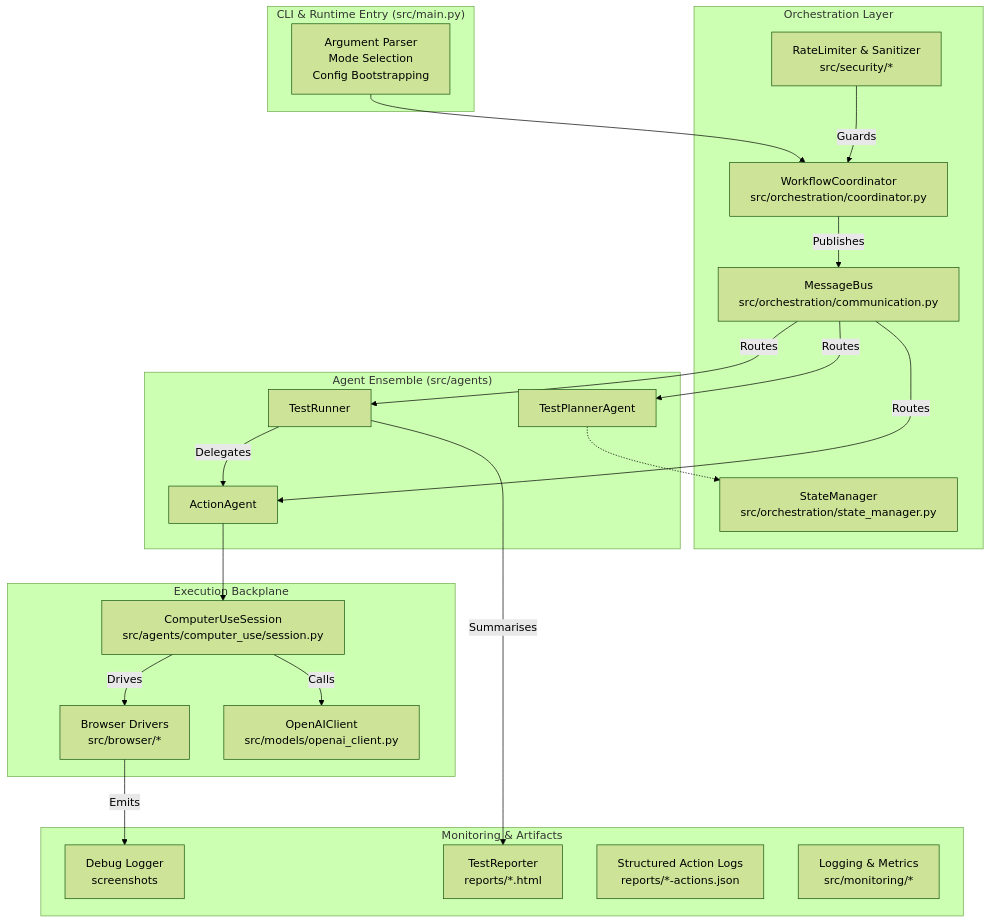
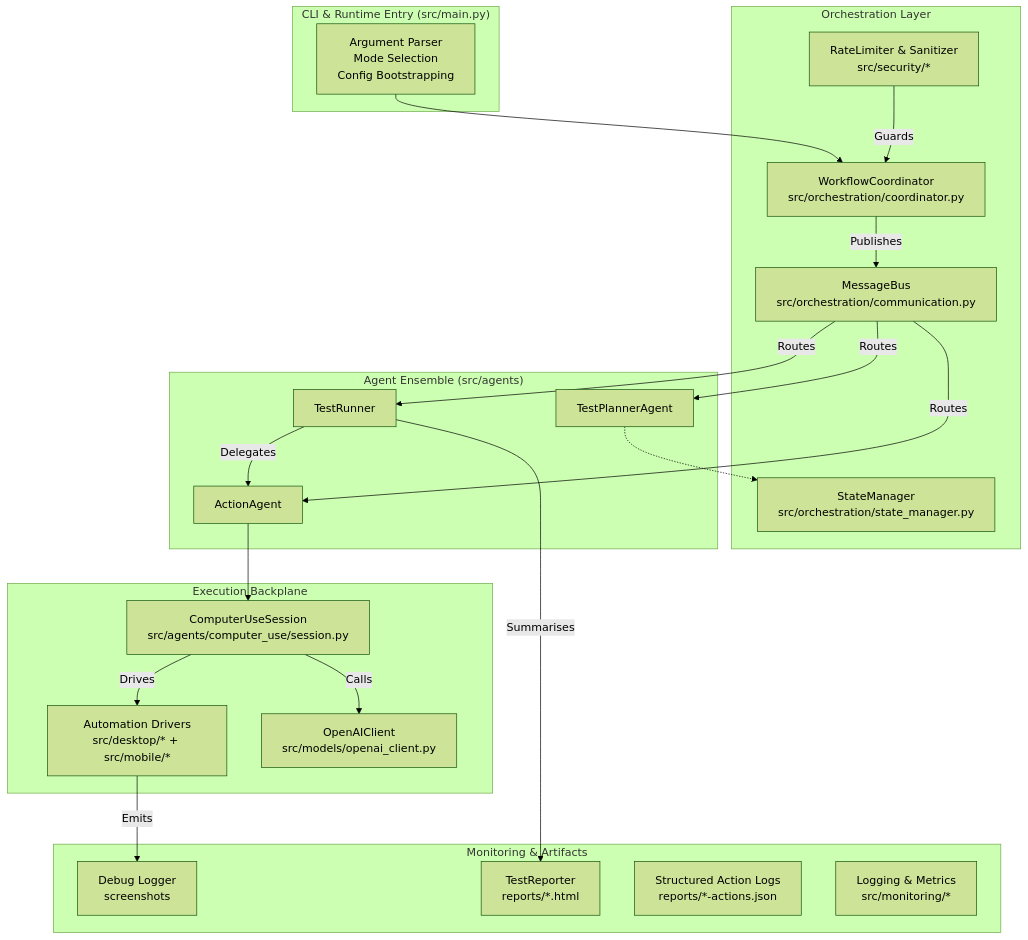
The first of 3 diagrams in docs/design/HAINDY_SYSTEM_ARCHITECTURE.md (Haindy/haindy), drawn with Mermaid (forest theme) before and after one commit. The commit also changed other lines of this file and 2 other files, not shown here.

````diff
--- a/docs/design/HAINDY_SYSTEM_ARCHITECTURE.md
+++ b/docs/design/HAINDY_SYSTEM_ARCHITECTURE.md
@@ -9,44 +15,44 @@
 ```mermaid
 flowchart TD
     subgraph CLI["CLI & Runtime Entry (src/main.py)"]
         A1[Argument Parser\nMode Selection\nConfig Bootstrapping]
     end
 
     subgraph Orchestration["Orchestration Layer"]
         B1[WorkflowCoordinator\nsrc/orchestration/coordinator.py]
         B2[MessageBus\nsrc/orchestration/communication.py]
         B3[StateManager\nsrc/orchestration/state_manager.py]
         B4[RateLimiter & Sanitizer\nsrc/security/*]
     end
 
     subgraph Agents["Agent Ensemble (src/agents)"]
         C1[TestPlannerAgent]
         C2[TestRunner]
         C3[ActionAgent]
     end
 
     subgraph Execution["Execution Backplane"]
         D1[ComputerUseSession\nsrc/agents/computer_use/session.py]
-        D2[Browser Drivers\nsrc/browser/*]
+        D2[Automation Drivers\nsrc/desktop/* + src/mobile/*]
         D3[OpenAIClient\nsrc/models/openai_client.py]
     end
 
     subgraph Observability["Monitoring & Artifacts"]
         E1[Debug Logger\nscreenshots]
         E2[TestReporter\nreports/*.html]
         E3[Structured Action Logs\nreports/*-actions.json]
         E4[Logging & Metrics\nsrc/monitoring/*]
     end
 
     A1 --> B1
     B1 -->|Publishes| B2
     B2 -->|Routes| C1 & C2 & C3
     C1 -.-> B3
     C2 -->|Delegates| C3
     C3 --> D1
     D1 -->|Calls| D3
     D1 -->|Drives| D2
     D2 -->|Emits| E1
     C2 -->|Summarises| E2
     B4 -->|Guards| B1
 ```
````
